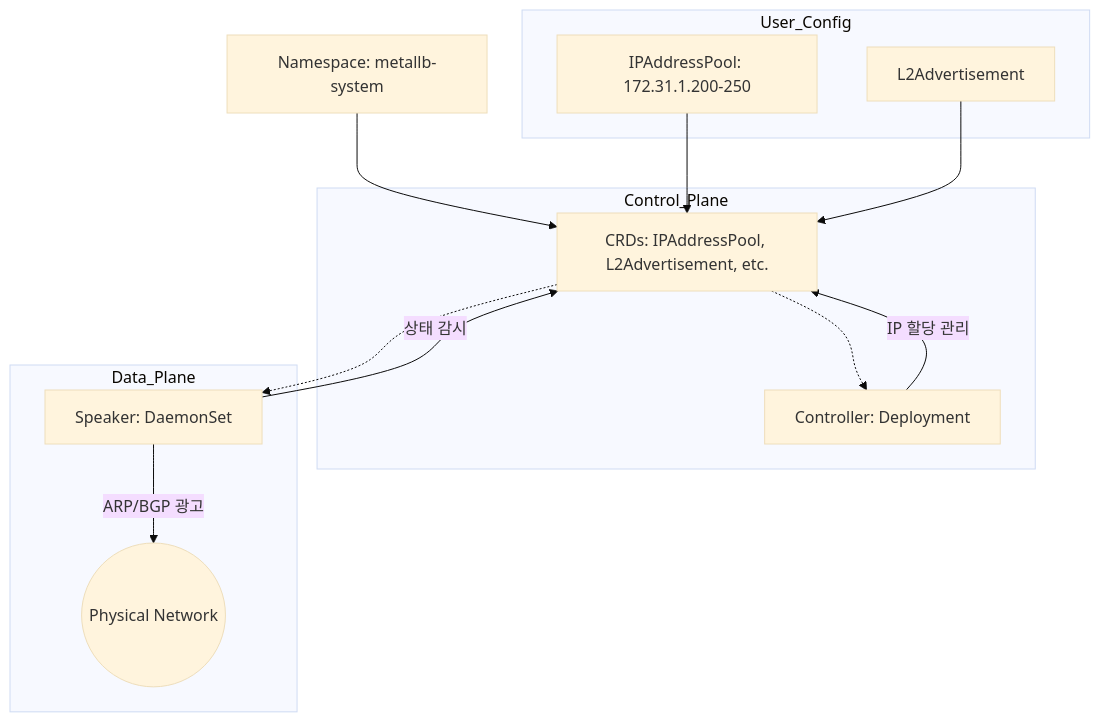
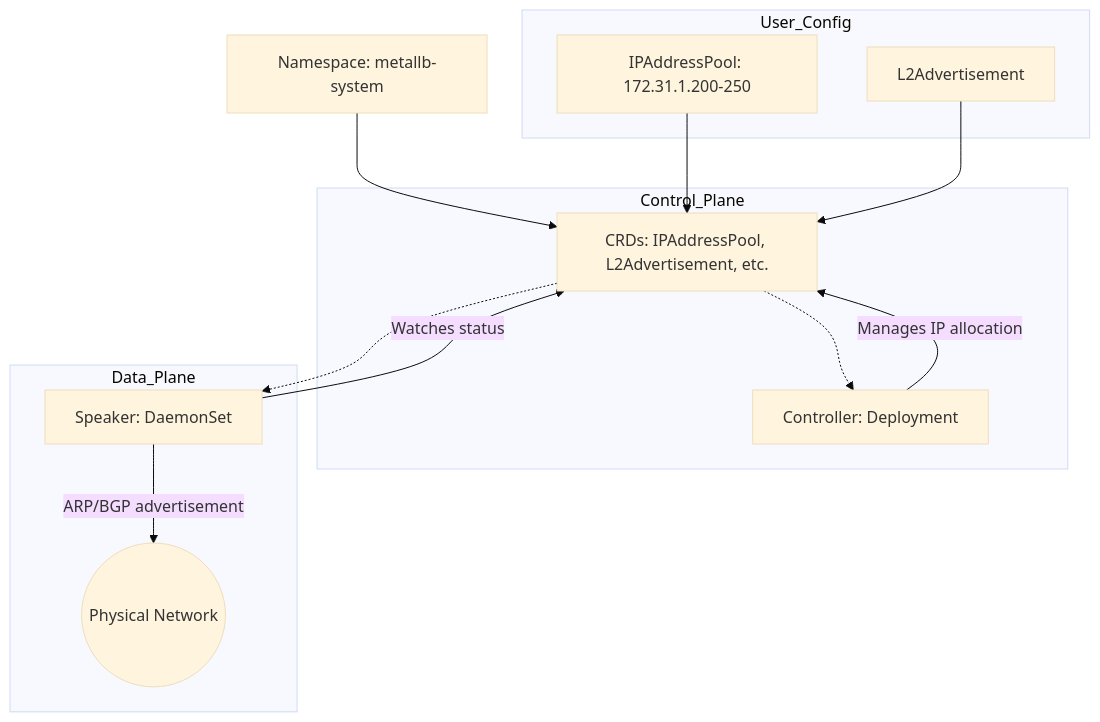
Before and after one commit to jeonck/k8s-adv: the diagram in content/labs/22-metallb-yaml.md, drawn with Mermaid (base theme). The commit also changed other lines of this file and 223 other files, not shown here.

````diff
--- a/content/labs/22-metallb-yaml.md
+++ b/content/labs/22-metallb-yaml.md
@@ -980,22 +980,22 @@
 ```mermaid
 graph TD
     NS[Namespace: metallb-system] --> CRD[CRDs: IPAddressPool, L2Advertisement, etc.]
     
     subgraph Control_Plane
-    CTRL[Controller: Deployment] -- "IP 할당 관리" --> CRD
+    CTRL[Controller: Deployment] -- "Manages IP allocation" --> CRD
     end
     
     subgraph Data_Plane
-    SPK[Speaker: DaemonSet] -- "ARP/BGP 광고" --> Net((Physical Network))
-    SPK -- "상태 감시" --> CRD
+    SPK[Speaker: DaemonSet] -- "ARP/BGP advertisement" --> Net((Physical Network))
+    SPK -- "Watches status" --> CRD
     end
     
     subgraph User_Config
     POOL[IPAddressPool: 172.31.1.200-250]
     ADV[L2Advertisement]
     end
     
     POOL & ADV --> CRD
     CRD -.-> CTRL
     CRD -.-> SPK
 ```
````
